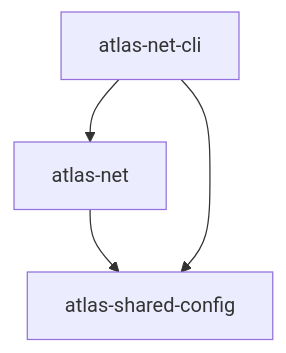
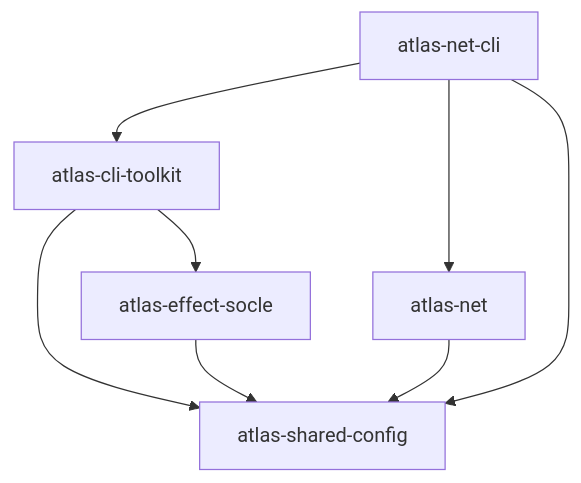
One commit to univ-lehavre/atlas changed diagram 12 of 19 in docs/src/content/docs/architecture/packages.md. Above: the diagram before and after it, drawn with Mermaid. The commit also changed other lines of this file and 139 other files, not shown here.

First line of the commit message:
feat: socle Effect — résorption complète (E1–E14) (#348)

````diff
--- a/docs/src/content/docs/architecture/packages.md
+++ b/docs/src/content/docs/architecture/packages.md
@@ -461,9 +499,15 @@
 ```mermaid
 flowchart TD
+  _univ_lehavre_atlas_cli_toolkit["atlas-cli-toolkit"]
+  _univ_lehavre_atlas_effect_socle["atlas-effect-socle"]
   _univ_lehavre_atlas_net["atlas-net"]
   _univ_lehavre_atlas_net_cli["atlas-net-cli"]
   _univ_lehavre_atlas_shared_config["atlas-shared-config"]
+  _univ_lehavre_atlas_cli_toolkit --> _univ_lehavre_atlas_effect_socle
+  _univ_lehavre_atlas_cli_toolkit --> _univ_lehavre_atlas_shared_config
+  _univ_lehavre_atlas_effect_socle --> _univ_lehavre_atlas_shared_config
   _univ_lehavre_atlas_net --> _univ_lehavre_atlas_shared_config
+  _univ_lehavre_atlas_net_cli --> _univ_lehavre_atlas_cli_toolkit
   _univ_lehavre_atlas_net_cli --> _univ_lehavre_atlas_net
   _univ_lehavre_atlas_net_cli --> _univ_lehavre_atlas_shared_config
 ```
````
